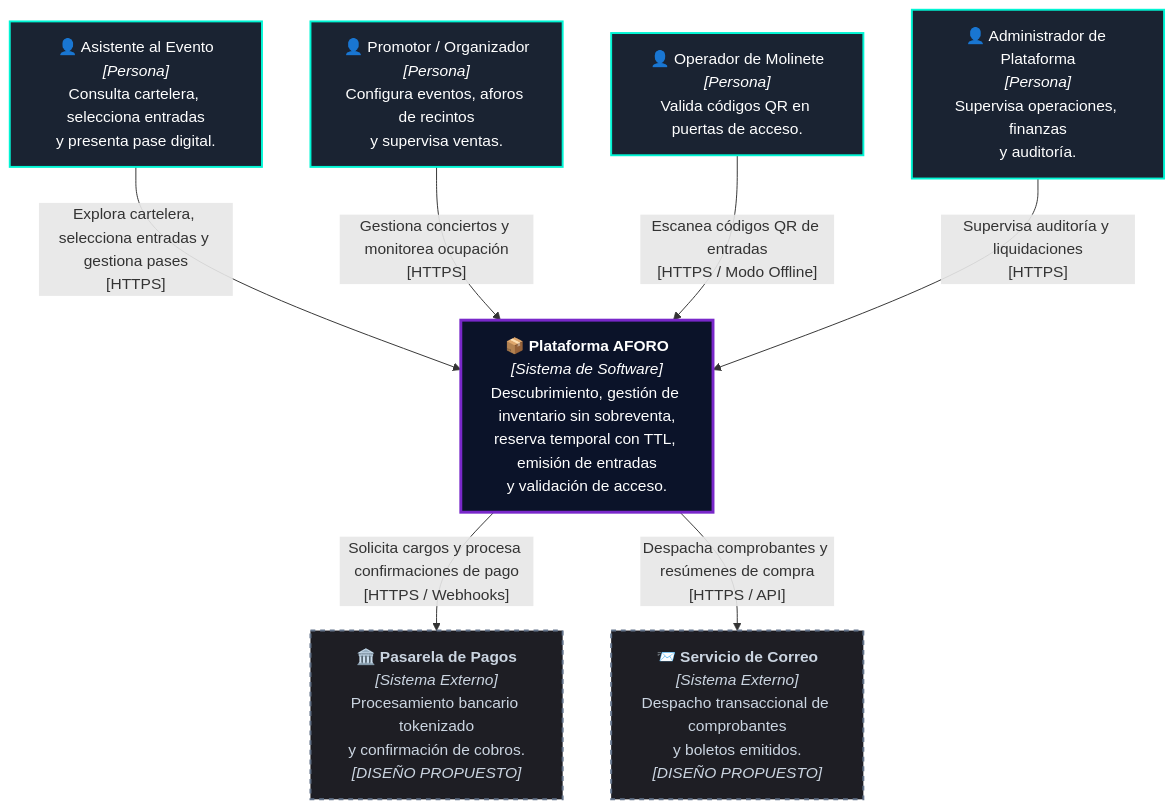
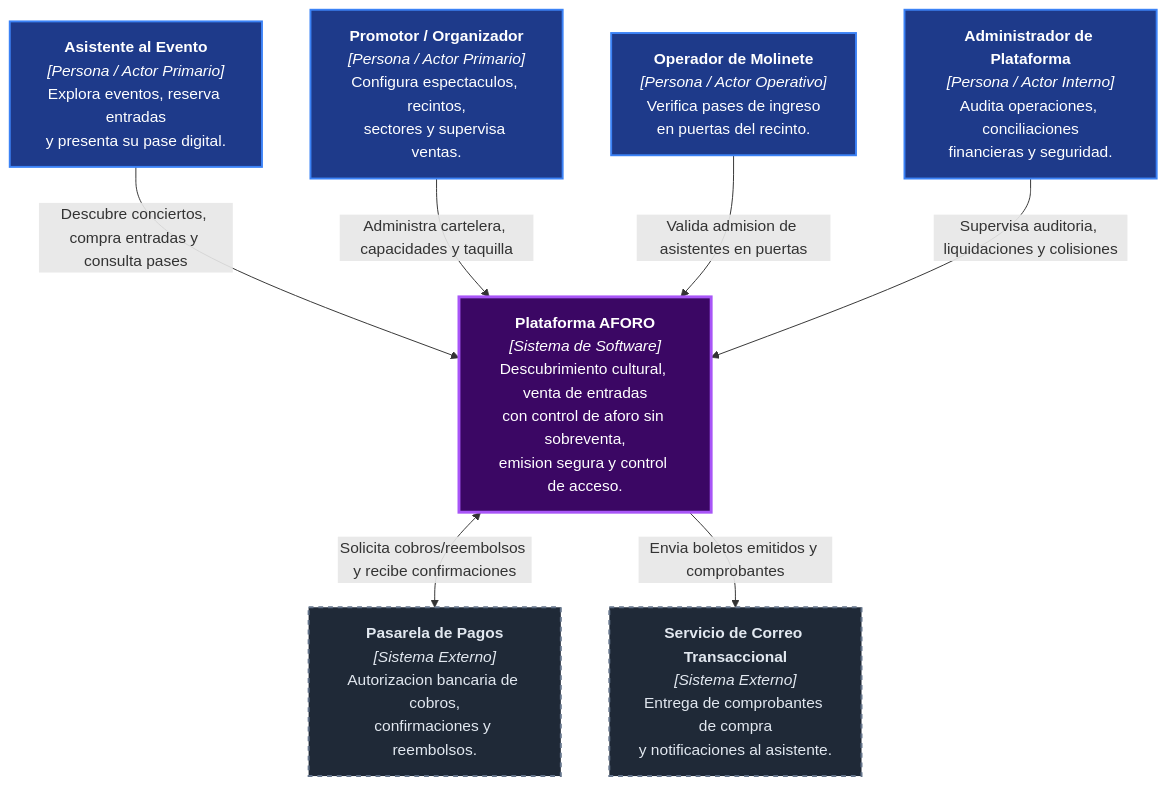
Before and after one commit to CARDBELL96/AFORO: the diagram in docs/04-modelo-c4/Nivel1-DiagramadeContextodelSistema.md, drawn with Mermaid. The commit also changed other lines of this file and 15 other files, not shown here.

Commit message:
docs: refine hexagonal architecture and redesign C4 diagrams

````diff
--- a/docs/04-modelo-c4/Nivel1-DiagramadeContextodelSistema.md
+++ b/docs/04-modelo-c4/Nivel1-DiagramadeContextodelSistema.md
@@ -24,34 +24,33 @@
 ```mermaid
 flowchart TD
-    %% Actores
-    FAN["👤 Asistente al Evento<br><i>[Persona]</i><br>Consulta cartelera, selecciona entradas<br>y presenta pase digital."]
-    PROM["👤 Promotor / Organizador<br><i>[Persona]</i><br>Configura eventos, aforos de recintos<br>y supervisa ventas."]
-    GATE["👤 Operador de Molinete<br><i>[Persona]</i><br>Valida códigos QR en puertas de acceso."]
-    ADMIN["👤 Administrador de Plataforma<br><i>[Persona]</i><br>Supervisa operaciones, finanzas<br>y auditoría."]
+    %% Actores del Negocio
+    FAN["<b>Asistente al Evento</b><br/><i>[Persona / Actor Primario]</i><br/>Explora eventos, reserva entradas<br/>y presenta su pase digital."]
+    PROM["<b>Promotor / Organizador</b><br/><i>[Persona / Actor Primario]</i><br/>Configura espectaculos, recintos,<br/>sectores y supervisa ventas."]
+    GATE["<b>Operador de Molinete</b><br/><i>[Persona / Actor Operativo]</i><br/>Verifica pases de ingreso<br/>en puertas del recinto."]
+    ADMIN["<b>Administrador de Plataforma</b><br/><i>[Persona / Actor Interno]</i><br/>Audita operaciones, conciliaciones<br/>financieras y seguridad."]
 
-    %% Sistema Central
-    AFORO_SYS["📦 <b>Plataforma AFORO</b><br><i>[Sistema de Software]</i><br>Descubrimiento, gestión de inventario sin sobreventa,<br>reserva temporal con TTL, emisión de entradas<br>y validación de acceso."]
+    %% Sistema Central (Caja Negra)
+    AFORO_SYS["<b>Plataforma AFORO</b><br/><i>[Sistema de Software]</i><br/>Descubrimiento cultural, venta de entradas<br/>con control de aforo sin sobreventa,<br/>emision segura y control de acceso."]
 
     %% Sistemas Externos
-    PAY_GW["🏛️ <b>Pasarela de Pagos</b><br><i>[Sistema Externo]</i><br>Procesamiento bancario tokenizado<br>y confirmación de cobros.<br><i>[DISEÑO PROPUESTO]</i>"]
-    MAIL_SVC["📨 <b>Servicio de Correo</b><br><i>[Sistema Externo]</i><br>Despacho transaccional de comprobantes<br>y boletos emitidos.<br><i>[DISEÑO PROPUESTO]</i>"]
+    PAY_GW["<b>Pasarela de Pagos</b><br/><i>[Sistema Externo]</i><br/>Autorizacion bancaria de cobros,<br/>confirmaciones y reembolsos."]
+    MAIL_SVC["<b>Servicio de Correo Transaccional</b><br/><i>[Sistema Externo]</i><br/>Entrega de comprobantes de compra<br/>y notificaciones al asistente."]
 
-    %% Relaciones de Usuarios
-    FAN -->|"Explora cartelera, selecciona entradas y gestiona pases<br>[HTTPS]"| AFORO_SYS
-    PROM -->|"Gestiona conciertos y monitorea ocupación<br>[HTTPS]"| AFORO_SYS
-    GATE -->|"Escanea códigos QR de entradas<br>[HTTPS / Modo Offline]"| AFORO_SYS
-    ADMIN -->|"Supervisa auditoría y liquidaciones<br>[HTTPS]"| AFORO_SYS
+    %% Relaciones de Negocio
+    FAN -->|"Descubre conciertos, compra entradas y consulta pases"| AFORO_SYS
+    PROM -->|"Administra cartelera, capacidades y taquilla"| AFORO_SYS
+    GATE -->|"Valida admision de asistentes en puertas"| AFORO_SYS
+    ADMIN -->|"Supervisa auditoria, liquidaciones y colisiones"| AFORO_SYS
 
-    %% Relaciones con Sistemas Externos
-    AFORO_SYS -->|"Solicita cargos y procesa confirmaciones de pago<br>[HTTPS / Webhooks]"| PAY_GW
-    AFORO_SYS -->|"Despacha comprobantes y resúmenes de compra<br>[HTTPS / API]"| MAIL_SVC
+    AFORO_SYS <-->|"Solicita cobros/reembolsos y recibe confirmaciones"| PAY_GW
+    AFORO_SYS -->|"Envia boletos emitidos y comprobantes"| MAIL_SVC
 
-    %% Estilos compatibles con GitHub
-    classDef person fill:#1a2332,stroke:#00f5d4,stroke-width:2px,color:#ffffff;
-    classDef system fill:#0b1329,stroke:#7928ca,stroke-width:3px,color:#ffffff;
-    classDef external fill:#1e1e24,stroke:#64748b,stroke-width:2px,stroke-dasharray: 5 5,color:#cbd5e1;
+    %% Paleta Sobria Estandarizada (Sin emojis)
+    classDef actor fill:#1e3a8a,stroke:#3b82f6,stroke-width:2px,color:#ffffff;
+    classDef system fill:#3b0764,stroke:#a855f7,stroke-width:3px,color:#ffffff;
+    classDef external fill:#1f2937,stroke:#64748b,stroke-width:2px,stroke-dasharray: 5 5,color:#e2e8f0;
 
-    class FAN,PROM,GATE,ADMIN person;
+    class FAN,PROM,GATE,ADMIN actor;
     class AFORO_SYS system;
     class PAY_GW,MAIL_SVC external;
 ```
````
